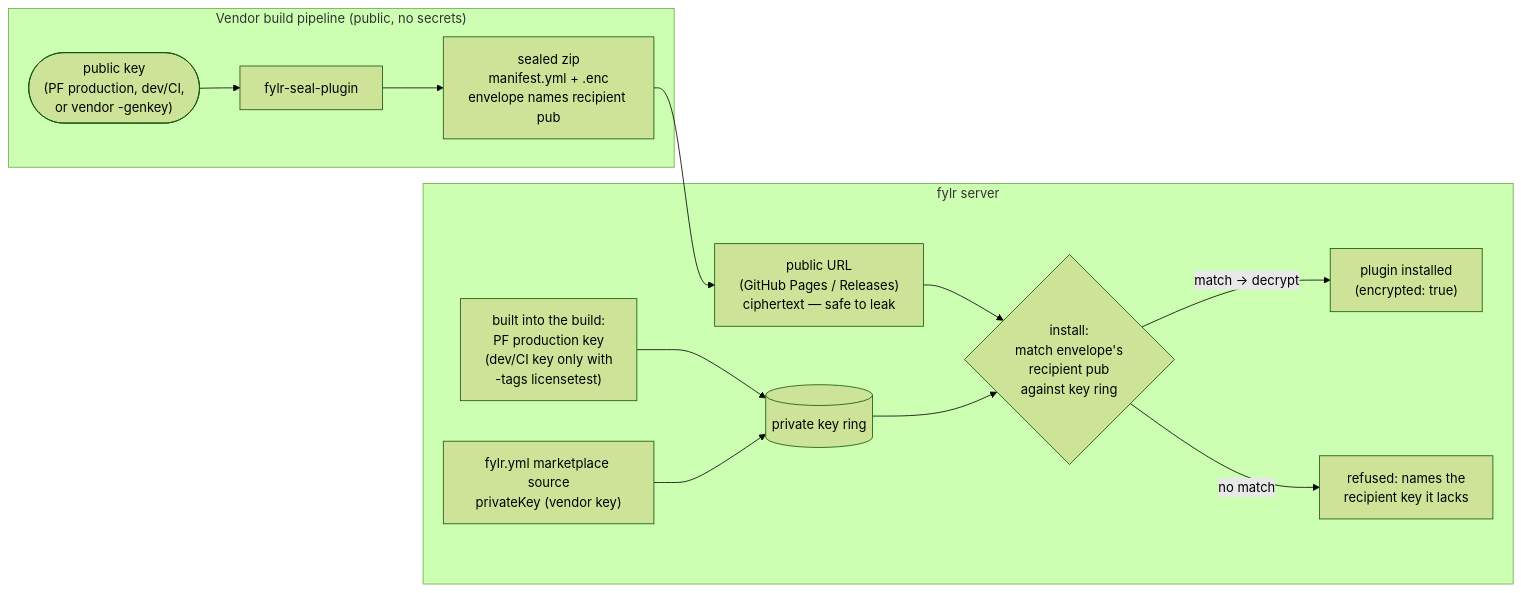
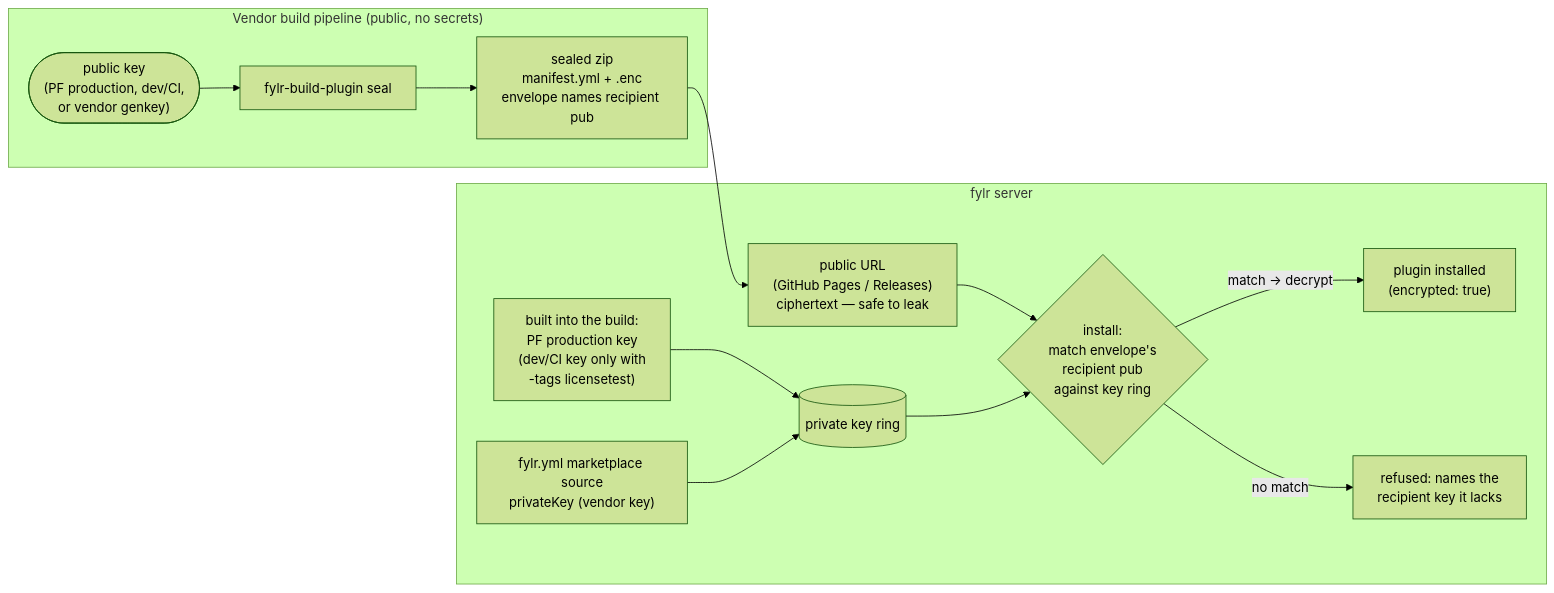
One commit to programmfabrik/fylr-gitbook changed the diagram in for-developers/concepts/white-papers/secure-plugin-delivery.md. Above: the diagram before and after it, drawn with Mermaid (forest theme). The commit also changed other lines of this file and 21 other files, not shown here.

````diff
--- a/for-developers/concepts/white-papers/secure-plugin-delivery.md
+++ b/for-developers/concepts/white-papers/secure-plugin-delivery.md
@@ -68,24 +68,24 @@
 ```mermaid
 flowchart LR
     subgraph vendor["Vendor build pipeline (public, no secrets)"]
-        pubkey(["public key<br/>(PF production, dev/CI,<br/>or vendor -genkey)"])
-        sealer["fylr-seal-plugin"]
+        pubkey(["public key<br/>(PF production, dev/CI,<br/>or vendor genkey)"])
+        sealer["fylr-build-plugin seal"]
         pubkey --> sealer
         artifact["sealed zip<br/>manifest.yml + .enc<br/>envelope names recipient pub"]
         sealer --> artifact
     end
 
     artifact --> hosting["public URL<br/>(GitHub Pages / Releases)<br/>ciphertext — safe to leak"]
 
     subgraph server["fylr server"]
         hosting --> match{"install:<br/>match envelope's<br/>recipient pub<br/>against key ring"}
         ring[("private key ring")]
         built["built into the build:<br/>PF production key<br/>(dev/CI key only with<br/>-tags licensetest)"]
         cfg["fylr.yml marketplace source<br/>privateKey (vendor key)"]
         built --> ring
         cfg --> ring
         ring --> match
         match -->|"match → decrypt"| installed["plugin installed<br/>(encrypted: true)"]
         match -->|"no match"| refuse["refused: names the<br/>recipient key it lacks"]
     end
 ```
````
